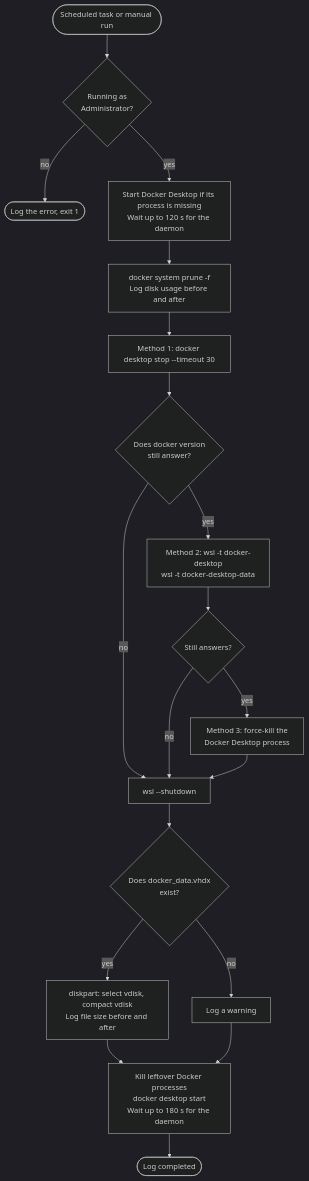
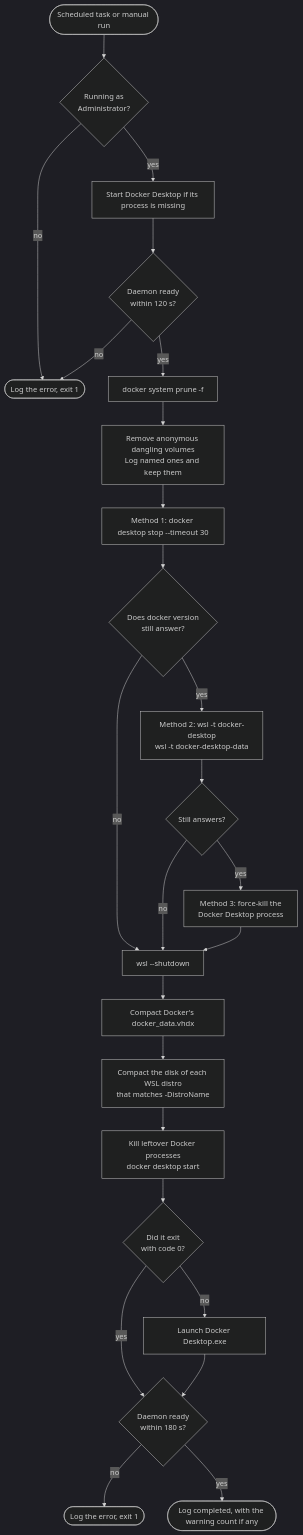
Before and after one commit to duplonicus/Docker-WSL-Disk-Cleanup-Compact-Script: the diagram in README.md, drawn with Mermaid (dark theme). The commit also changed other lines of this file, not shown here.

````diff
--- a/README.md
+++ b/README.md
@@ -93,21 +107,27 @@
 ```mermaid
 flowchart TD
     start([Scheduled task or manual run]) --> admin{Running as<br/>Administrator?}
     admin -- no --> fail([Log the error, exit 1])
-    admin -- yes --> up["Start Docker Desktop if its process is missing<br/>Wait up to 120 s for the daemon"]
-    up --> prune["docker system prune -f<br/>Log disk usage before and after"]
-    prune --> m1["Method 1: docker desktop stop --timeout 30"]
+    admin -- yes --> up["Start Docker Desktop if its process is missing"]
+    up --> ready{Daemon ready<br/>within 120 s?}
+    ready -- no --> fail
+    ready -- yes --> prune["docker system prune -f"]
+    prune --> vols["Remove anonymous dangling volumes<br/>Log named ones and keep them"]
+    vols --> m1["Method 1: docker desktop stop --timeout 30"]
     m1 --> q1{Does docker version<br/>still answer?}
     q1 -- no --> wsl
     q1 -- yes --> m2["Method 2: wsl -t docker-desktop<br/>wsl -t docker-desktop-data"]
     m2 --> q2{Still answers?}
     q2 -- no --> wsl
     q2 -- yes --> m3["Method 3: force-kill the<br/>Docker Desktop process"]
     m3 --> wsl["wsl --shutdown"]
-    wsl --> found{Does docker_data.vhdx<br/>exist?}
-    found -- yes --> compact["diskpart: select vdisk, compact vdisk<br/>Log file size before and after"]
-    found -- no --> warn[Log a warning]
-    compact --> restart
-    warn --> restart["Kill leftover Docker processes<br/>docker desktop start<br/>Wait up to 180 s for the daemon"]
-    restart --> done([Log completed])
+    wsl --> c1["Compact Docker's docker_data.vhdx"]
+    c1 --> c2["Compact the disk of each WSL distro<br/>that matches -DistroName"]
+    c2 --> restart["Kill leftover Docker processes<br/>docker desktop start"]
+    restart --> q3{Did it exit<br/>with code 0?}
+    q3 -- no --> exe["Launch Docker Desktop.exe"]
+    q3 -- yes --> back
+    exe --> back{Daemon ready<br/>within 180 s?}
+    back -- no --> fail2([Log the error, exit 1])
+    back -- yes --> done([Log completed, with the warning count if any])
 ```
````
